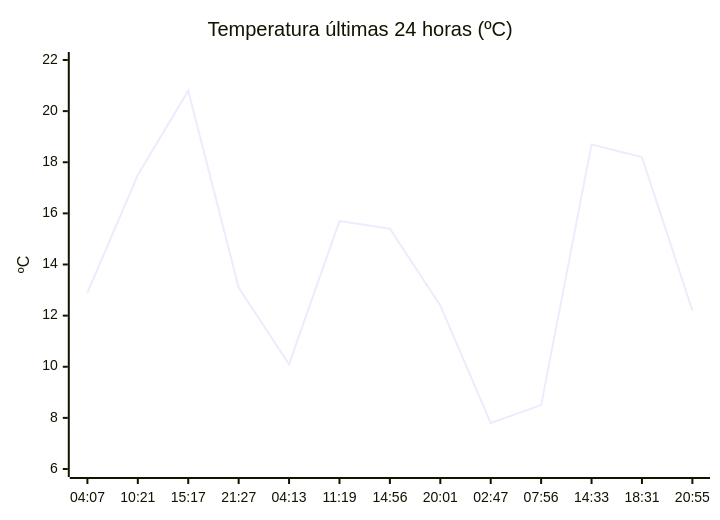
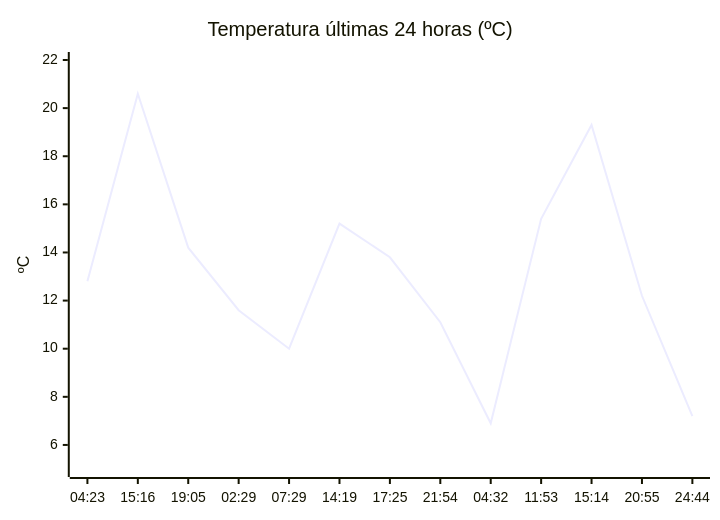
The diagram in README.md (solidsnk86/rem-scrap), drawn with Mermaid before and after one commit. The commit also changed other lines of this file, not shown here.

````diff
--- a/README.md
+++ b/README.md
@@ -28,7 +32,7 @@
 ```mermaid
 xychart-beta
     title "Temperatura últimas 24 horas (ºC)"
-    x-axis ["04:07", "10:21", "15:17", "21:27", "04:13", "11:19", "14:56", "20:01", "02:47", "07:56", "14:33", "18:31", "20:55"]
-    y-axis "ºC" 6 --> 22
-    line [12.9, 17.5, 20.8, 13.1, 10.1, 15.7, 15.4, 12.4, 7.8, 8.5, 18.7, 18.2, 12.2]
+    x-axis ["04:23", "15:16", "19:05", "02:29", "07:29", "14:19", "17:25", "21:54", "04:32", "11:53", "15:14", "20:55", "24:44"]
+    y-axis "ºC" 5 --> 22
+    line [12.8, 20.6, 14.2, 11.6, 10, 15.2, 13.8, 11.1, 6.9, 15.4, 19.3, 12.2, 7.2]
 ```
````
